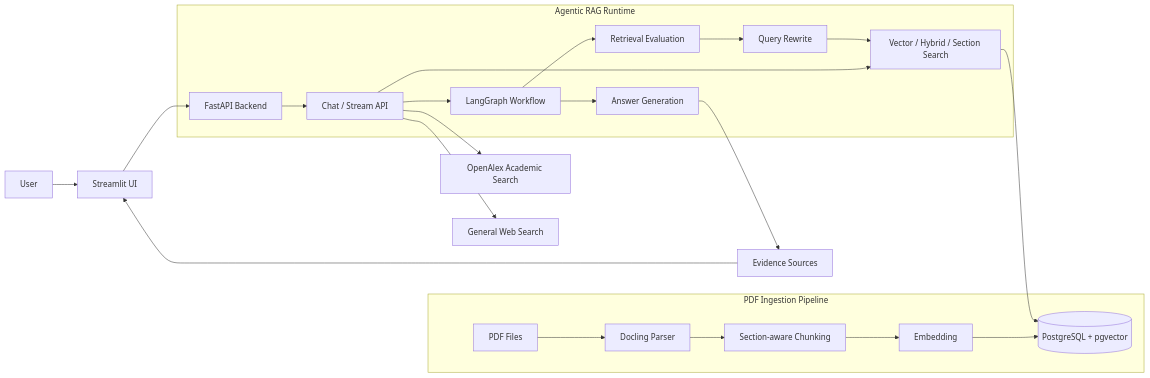
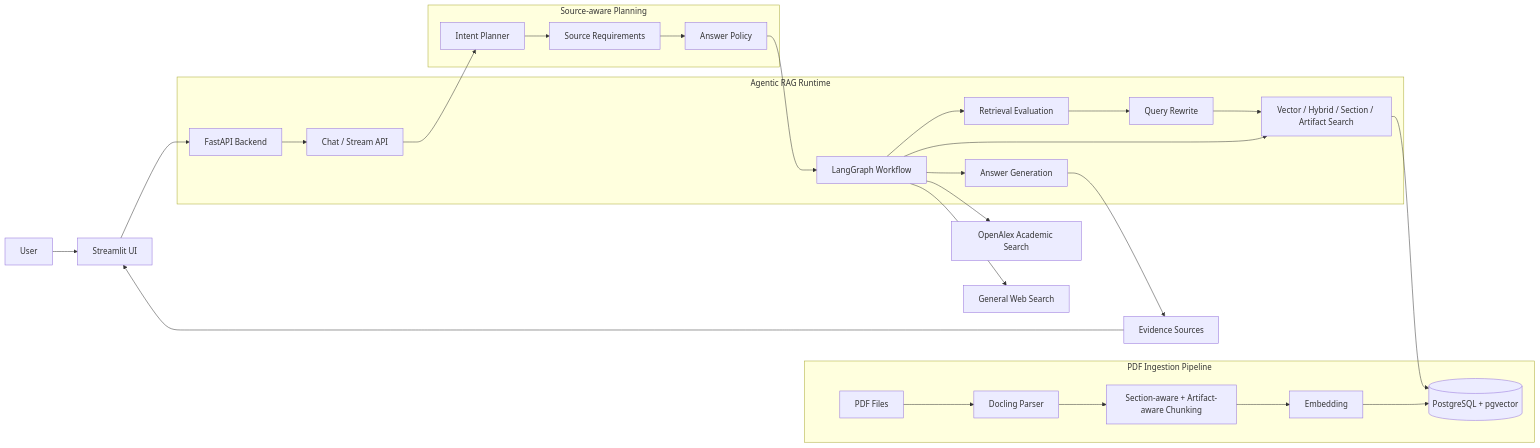
Before and after one commit to zebir-sir/agentic-rag-paper-assistant: the first of 7 diagrams in README.md, drawn with Mermaid. The commit also changed other lines of this file and 32 other files, not shown here.

Commit message:
fix(agent): add source-aware retrieval planning

````diff
--- a/README.md
+++ b/README.md
@@ -125,28 +157,37 @@
 ```mermaid
 flowchart LR
     User[User] --> UI[Streamlit UI]
     UI --> API[FastAPI Backend]
 
     subgraph Ingestion[PDF Ingestion Pipeline]
         PDF[PDF Files] --> Docling[Docling Parser]
-        Docling --> Chunker[Section-aware Chunking]
+        Docling --> Chunker[Section-aware + Artifact-aware Chunking]
         Chunker --> Embed[Embedding]
         Embed --> DB[(PostgreSQL + pgvector)]
     end
 
+    subgraph Planning[Source-aware Planning]
+        Planner[Intent Planner]
+        SourceReq[Source Requirements]
+        Policy[Answer Policy]
+        Planner --> SourceReq
+        SourceReq --> Policy
+    end
+
     subgraph Runtime[Agentic RAG Runtime]
         API --> Chat[Chat / Stream API]
-        Chat --> Search[Vector / Hybrid / Section Search]
+        Chat --> Planner
+        Policy --> Graph[LangGraph Workflow]
+        Graph --> Search[Vector / Hybrid / Section / Artifact Search]
         Search --> DB
-        Chat --> Graph[LangGraph Workflow]
         Graph --> Eval[Retrieval Evaluation]
         Eval --> Rewrite[Query Rewrite]
         Rewrite --> Search
         Graph --> Answer[Answer Generation]
     end
 
-    Chat --> OpenAlex[OpenAlex Academic Search]
-    Chat --> Web[General Web Search]
+    Graph --> OpenAlex[OpenAlex Academic Search]
+    Graph --> Web[General Web Search]
     Answer --> Sources[Evidence Sources]
     Sources --> UI
 ```
````
